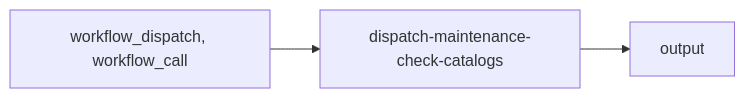
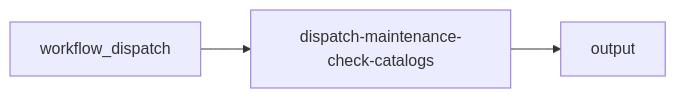
The diagram in .github/workspace/actions-library/dispatchers/maintenance/dispatch-maintenance-check-catalogs.mdx (livepeer/docs), drawn with Mermaid before and after one commit. The commit also changed other lines of this file and 2753 other files, not shown here.

````diff
--- a/.github/workspace/actions-library/dispatchers/maintenance/dispatch-maintenance-check-catalogs.mdx
+++ b/.github/workspace/actions-library/dispatchers/maintenance/dispatch-maintenance-check-catalogs.mdx
@@ -43,5 +43,5 @@
 ```mermaid
 graph LR
-    TRIGGER["workflow_dispatch, workflow_call"] --> WF["dispatch-maintenance-check-catalogs"]
+    TRIGGER["workflow_dispatch"] --> WF["dispatch-maintenance-check-catalogs"]
     WF --> OUTPUT["output"]
 ```
````
